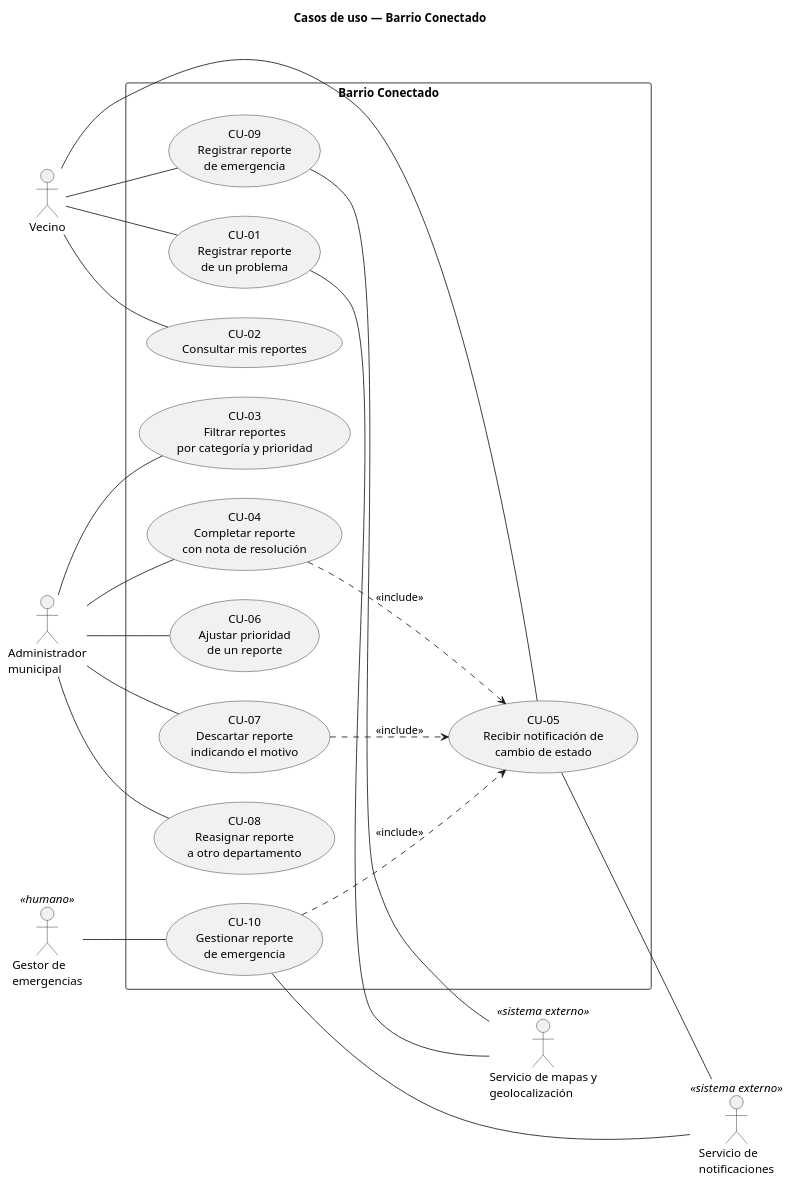
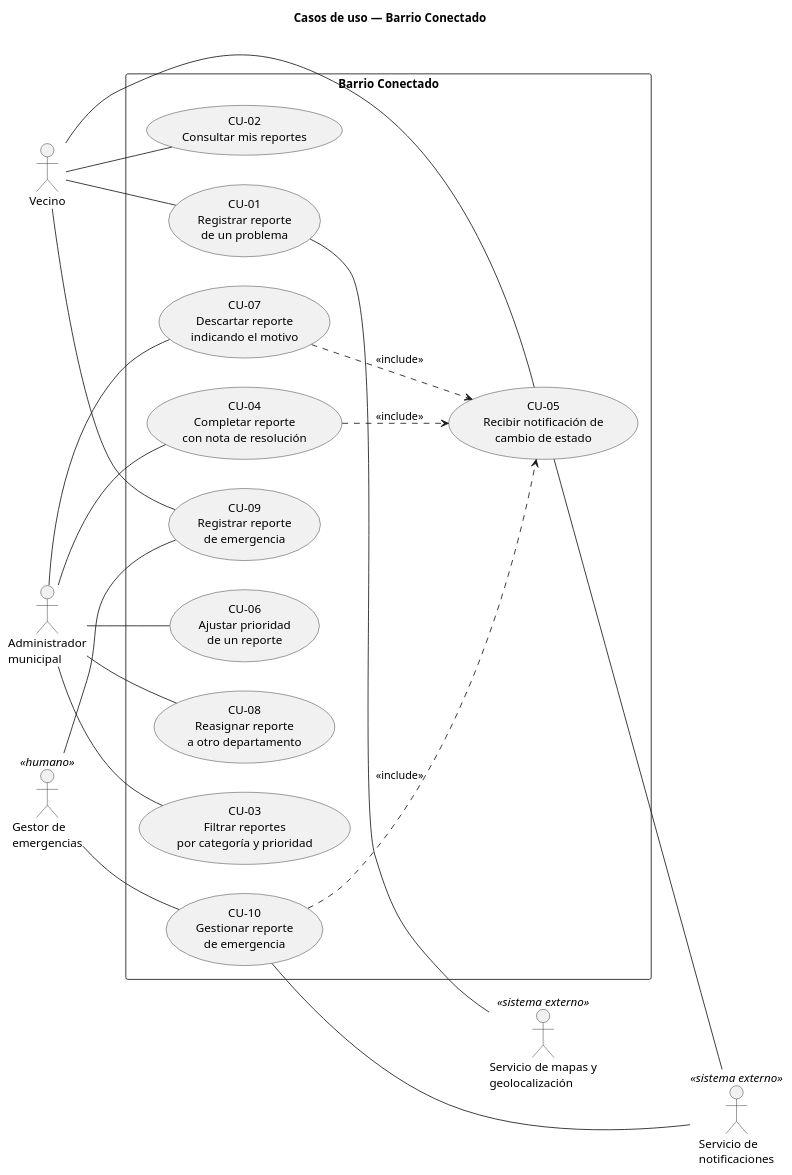
Before and after one commit to bruhmzk/Barrio-Conectado: the diagram in diagramas/casos-de-uso.puml, drawn with PlantUML.

Commit message:
fix: CU-09 apunta a Gestor de emergencias (no Mapas)

```diff
--- a/diagramas/casos-de-uso.puml
+++ b/diagramas/casos-de-uso.puml
@@ -1,45 +1,45 @@
 @startuml casos-de-uso
 title Casos de uso — Barrio Conectado
 left to right direction
 skinparam shadowing false
 skinparam packageStyle rectangle
 
 actor Vecino
 actor Admin as "Administrador\nmunicipal"
 actor Mapas as "Servicio de mapas y\ngeolocalización" <<sistema externo>>
 actor Notif as "Servicio de\nnotificaciones" <<sistema externo>>
 actor Emer as "Gestor de\nemergencias" <<humano>>
 
 rectangle "Barrio Conectado" {
   usecase CU01 as "CU-01\nRegistrar reporte\nde un problema"
   usecase CU02 as "CU-02\nConsultar mis reportes"
   usecase CU03 as "CU-03\nFiltrar reportes\npor categoría y prioridad"
   usecase CU04 as "CU-04\nCompletar reporte\ncon nota de resolución"
   usecase CU05 as "CU-05\nRecibir notificación de\ncambio de estado"
   usecase CU06 as "CU-06\nAjustar prioridad\nde un reporte"
   usecase CU07 as "CU-07\nDescartar reporte\nindicando el motivo"
   usecase CU08 as "CU-08\nReasignar reporte\na otro departamento"
   usecase CU09 as "CU-09\nRegistrar reporte\nde emergencia"
   usecase CU10 as "CU-10\nGestionar reporte\nde emergencia"
 }
 
 Vecino -- CU01
 Vecino -- CU02
 Vecino -- CU05
 Vecino -- CU09
 Admin -- CU03
 Admin -- CU04
 Admin -- CU06
 Admin -- CU07
 Admin -- CU08
 Emer -- CU10
 
 CU01 -- Mapas
 CU05 -- Notif
-CU09 -- Mapas
+CU09 -- Emer
 CU10 -- Notif
 
 CU04 ..> CU05 : <<include>>
 CU07 ..> CU05 : <<include>>
 CU10 ..> CU05 : <<include>>
 @enduml
```
